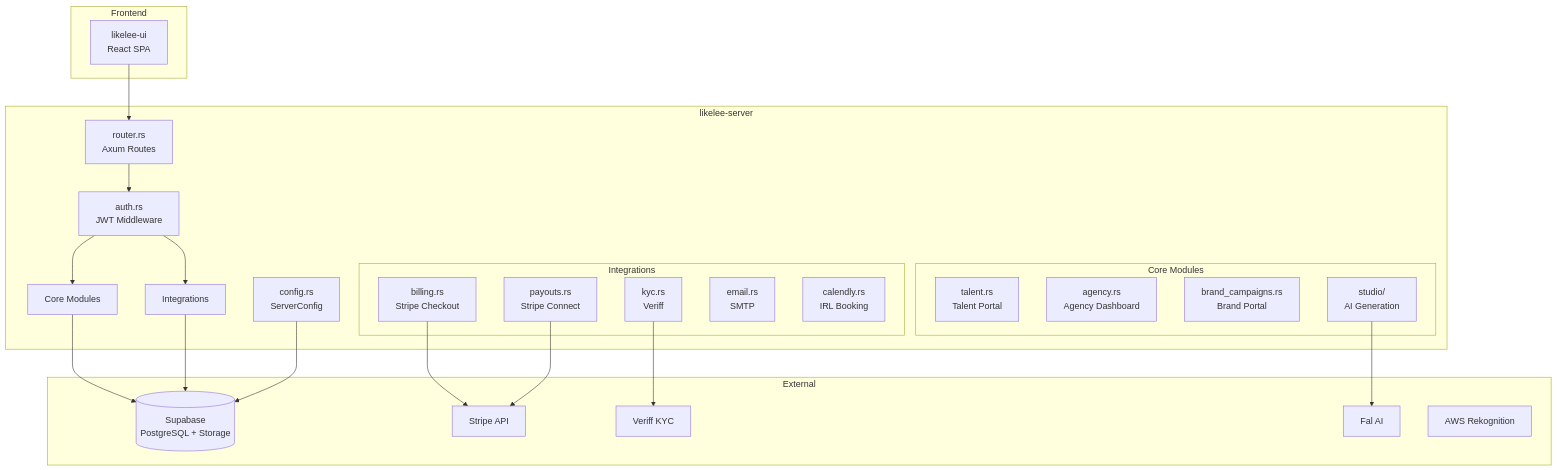
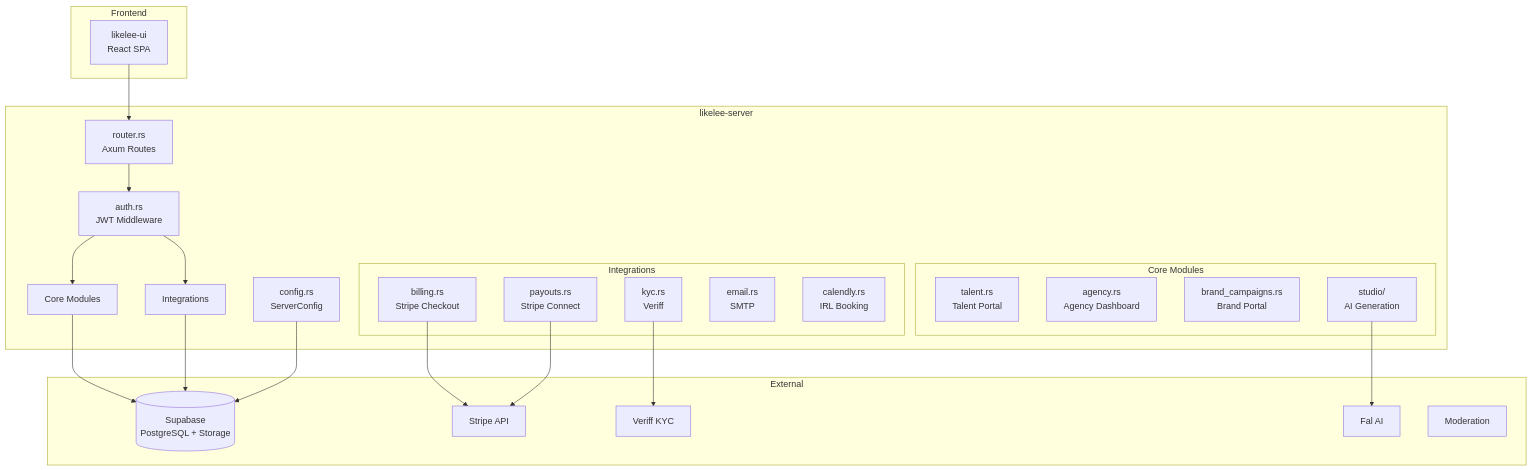
Before and after one commit to ADORSYS-GIS/likelee-ai: the diagram in docs/knowledge/architecture.md, drawn with Mermaid. The commit also changed other lines of this file and 17 other files, not shown here.

Commit message:
refactor: remove AWS Rekognition dependency and associated moderation/liveness features

````diff
--- a/docs/knowledge/architecture.md
+++ b/docs/knowledge/architecture.md
@@ -15,52 +15,52 @@
 ```mermaid
 graph TB
     subgraph Frontend
         UI[likelee-ui<br/>React SPA]
     end
 
     subgraph Backend[likelee-server]
         Router[router.rs<br/>Axum Routes]
         Auth[auth.rs<br/>JWT Middleware]
 
         subgraph Core Modules
             Talent[talent.rs<br/>Talent Portal]
             Agency[agency.rs<br/>Agency Dashboard]
             Brand[brand_campaigns.rs<br/>Brand Portal]
             Studio[studio/<br/>AI Generation]
         end
 
         CoreModules[Core Modules]
 
         subgraph Integrations
             KYC[kyc.rs<br/>Veriff]
             Billing[billing.rs<br/>Stripe Checkout]
             Payouts[payouts.rs<br/>Stripe Connect]
             Email[email.rs<br/>SMTP]
             Calendly[calendly.rs<br/>IRL Booking]
         end
 
         IntegrationsBox[Integrations]
 
         Config[config.rs<br/>ServerConfig]
     end
 
     subgraph External
         Supabase[(Supabase<br/>PostgreSQL + Storage)]
         Stripe[Stripe API]
         Veriff[Veriff KYC]
         Fal[Fal AI]
-        AWS[AWS Rekognition]
+        Moderation[Moderation]
     end
 
     UI --> Router
     Router --> Auth
     Auth --> CoreModules
     Auth --> IntegrationsBox
     CoreModules --> Supabase
     IntegrationsBox --> Supabase
     Studio --> Fal
     KYC --> Veriff
     Billing --> Stripe
     Payouts --> Stripe
     Config --> Supabase
 ```
````
